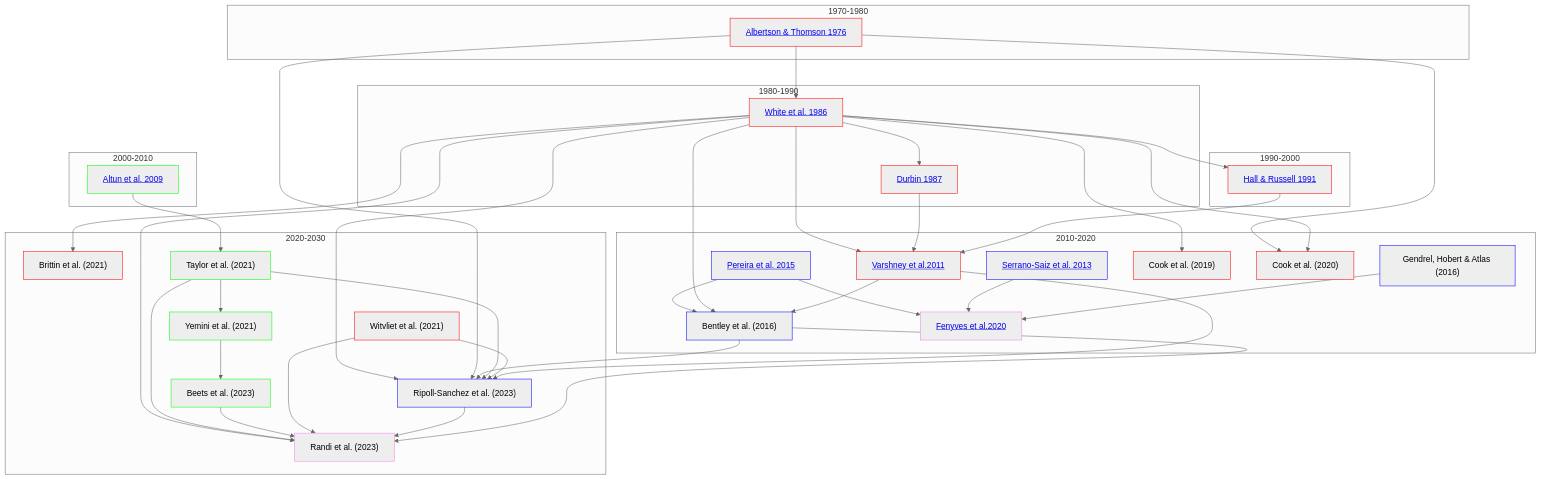
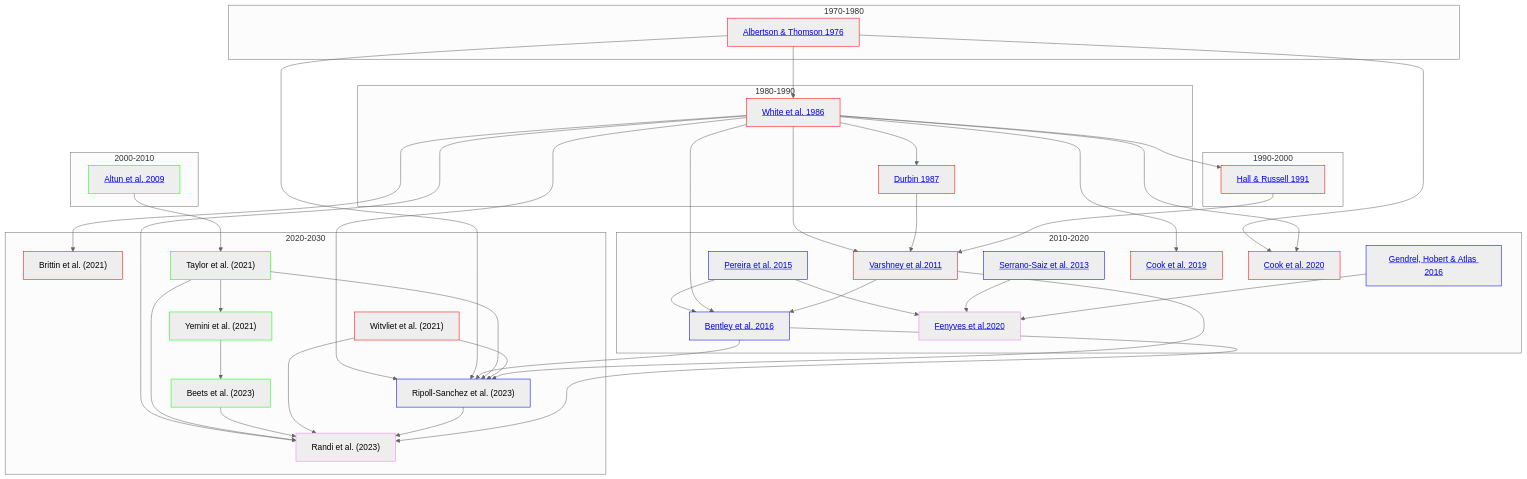
Before and after one commit to yasinthanvickneswaran/mermaidtest: the diagram in README.md, drawn with Mermaid (neutral theme).

````diff
--- a/README.md
+++ b/README.md
@@ -1,66 +1,66 @@
 ```mermaid
 flowchart TD
     classDef anat stroke:#f00
     classDef gene stroke:#0f0
     classDef es stroke:#00f
     classDef func stroke:#ee82ee
 
 
     subgraph 1970-1980
     A1[<a href='https://github.com/yasinthanvickneswaran/ConnectomeToolbox/blob/main/docs/Albertson_Thompson_1976.md' >Albertson & Thomson 1976</a>]:::anat
     end
     subgraph 1980-1990
     A[<a href='https://github.com/yasinthanvickneswaran/ConnectomeToolbox/blob/main/docs/White_1986.md' >White et al. 1986</a>]:::anat & B[<a href='https://github.com/yasinthanvickneswaran/ConnectomeToolbox/blob/main/docs/Durbin_1987.md' >Durbin 1987</a>]:::anat
     end
 
     subgraph 1990-2000
     A2[<a href='https://github.com/yasinthanvickneswaran/ConnectomeToolbox/blob/main/docs/Hall_1991.md' >Hall & Russell 1991</a>]:::anat
     end
 
     subgraph 2000-2010
     C[<a href='https://github.com/yasinthanvickneswaran/ConnectomeToolbox/blob/main/docs/Altun_2009.md' >Altun et al. 2009</a>]:::gene 
     end
 
     subgraph 2010-2020
-    D[<a href='https://github.com/yasinthanvickneswaran/ConnectomeToolbox/blob/main/docs/Varshney_2011.md' >Varshney et al.2011</a>]:::anat & E[<a href='https://github.com/yasinthanvickneswaran/ConnectomeToolbox/blob/main/docs/Pereira_2015.md' >Pereira et al. 2015</a>]:::es & E1[<a href='https://github.com/yasinthanvickneswaran/ConnectomeToolbox/blob/main/docs/Serrano_2013.md' >Serrano-Saiz et al. 2013</a>]:::es  & E2["Gendrel, Hobert & Atlas (2016)"]:::es & F["Bentley et al. (2016)"]:::es & G["Cook et al. (2019)"]:::anat & H[<a href='https://github.com/yasinthanvickneswaran/ConnectomeToolbox/blob/main/docs/Fenyves_2020.md' >Fenyves et al.2020</a>]:::func & I["Cook et al. (2020)"]:::anat
+    D[<a href='https://github.com/yasinthanvickneswaran/ConnectomeToolbox/blob/main/docs/Varshney_2011.md' >Varshney et al.2011</a>]:::anat & E[<a href='https://github.com/yasinthanvickneswaran/ConnectomeToolbox/blob/main/docs/Pereira_2015.md' >Pereira et al. 2015</a>]:::es & E1[<a href='https://github.com/yasinthanvickneswaran/ConnectomeToolbox/blob/main/docs/Serrano_2013.md' >Serrano-Saiz et al. 2013</a>]:::es  & E2[<a href='https://github.com/yasinthanvickneswaran/ConnectomeToolbox/blob/main/docs/Gendrel_2016.md' >Gendrel, Hobert & Atlas 2016</a>]:::es & F[<a href='https://github.com/yasinthanvickneswaran/ConnectomeToolbox/blob/main/docs/Bentley_2016.md' >Bentley et al. 2016 </a>]:::es & G[<a href='https://github.com/yasinthanvickneswaran/ConnectomeToolbox/blob/main/docs/Cook_2019.md' >Cook et al. 2019</a>]:::anat & H[<a href='https://github.com/yasinthanvickneswaran/ConnectomeToolbox/blob/main/docs/Fenyves_2020.md' >Fenyves et al.2020</a>]:::func & I[<a href='https://github.com/yasinthanvickneswaran/ConnectomeToolbox/blob/main/docs/Cook_2020.md' >Cook et al. 2020</a>]:::anat
     end
     subgraph 2020-2030
     J["Brittin et al. (2021)"]:::anat & K["Witvliet et al. (2021)"]:::anat & L["Taylor et al. (2021)"]:::gene & M["Yemini et al. (2021)"]:::gene & N["Beets et al. (2023)"]:::gene & P["Randi et al. (2023)"]:::func & NP["Ripoll-Sanchez et al. (2023)"]:::es
     end     
 
 
     E --> H
     E1 --> H
     E2 --> H
     E --> F
     C --> L
     L --> M
     M --> N
     A --> B
     A1 --> A
     A1 --> I
     A  --> A2
     A --> D
     B --> D
     A2 --> D
     A --> G
     A --> I
     A --> J
     A --> F
     D --> F
     A --> NP
     A1 --> NP
     F --> NP
     L --> NP
     K --> NP
     D --> NP
     A --> P
     L --> P
     N --> P
     K --> P
     NP --> P
     F --> P
 
     
     
 ```
````
